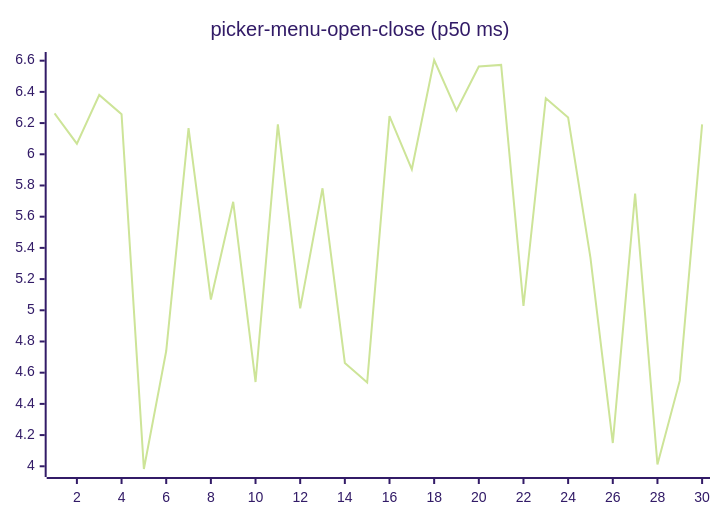
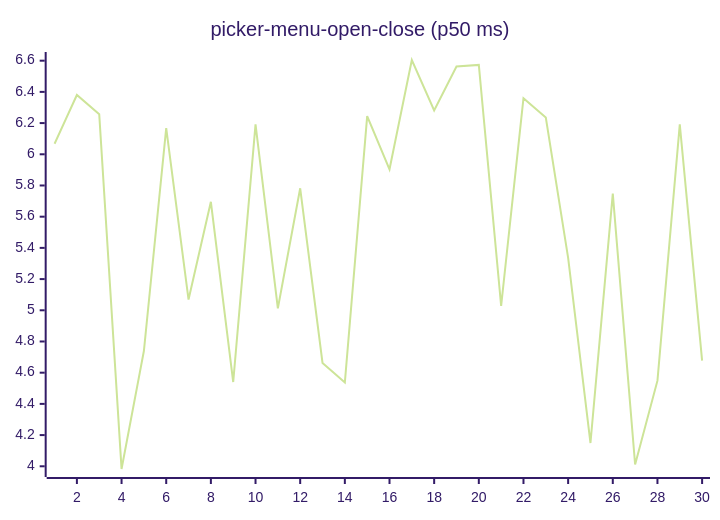
Diagram 16 of 27 in README.md (josha/Facet), drawn with Mermaid (forest theme) before and after one commit. The commit also changed other lines of this file and 2 other files, not shown here.

````diff
--- a/README.md
+++ b/README.md
@@ -168,6 +168,6 @@
 ```mermaid
 xychart-beta
     title "picker-menu-open-close (p50 ms)"
     x-axis 1 --> 30
-    line [6.2618, 6.0678, 6.3801, 6.2569, 3.9826, 4.7388, 6.1676, 5.0690, 5.6954, 4.5402, 6.1912, 5.0120, 5.7822, 4.6627, 4.5372, 6.2442, 5.9038, 6.6044, 6.2815, 6.5623, 6.5728, 5.0278, 6.3599, 6.2355, 5.3362, 4.1492, 5.7473, 4.0112, 4.5489, 6.1919]
+    line [6.0678, 6.3801, 6.2569, 3.9826, 4.7388, 6.1676, 5.0690, 5.6954, 4.5402, 6.1912, 5.0120, 5.7822, 4.6627, 4.5372, 6.2442, 5.9038, 6.6044, 6.2815, 6.5623, 6.5728, 5.0278, 6.3599, 6.2355, 5.3362, 4.1492, 5.7473, 4.0112, 4.5489, 6.1919, 4.6774]
 ```
````
